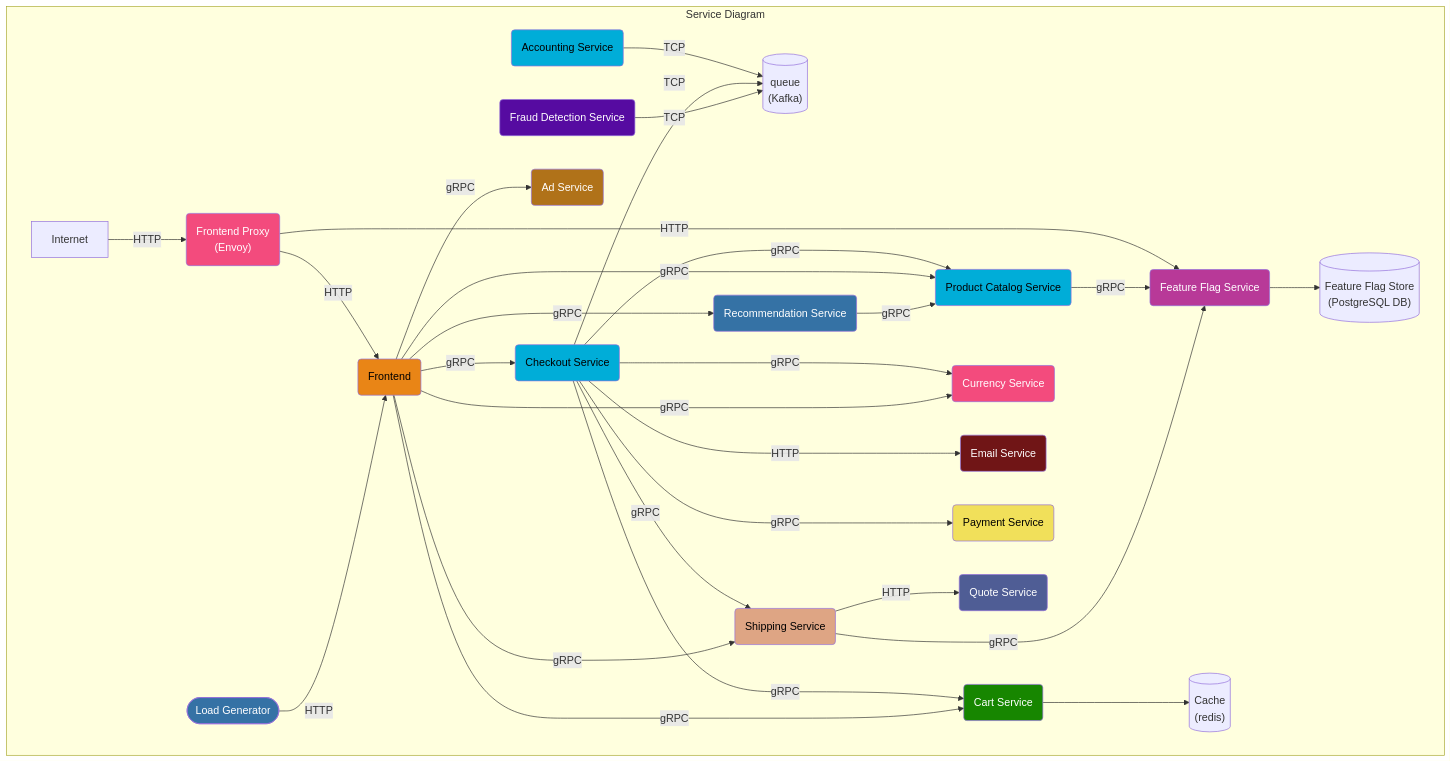
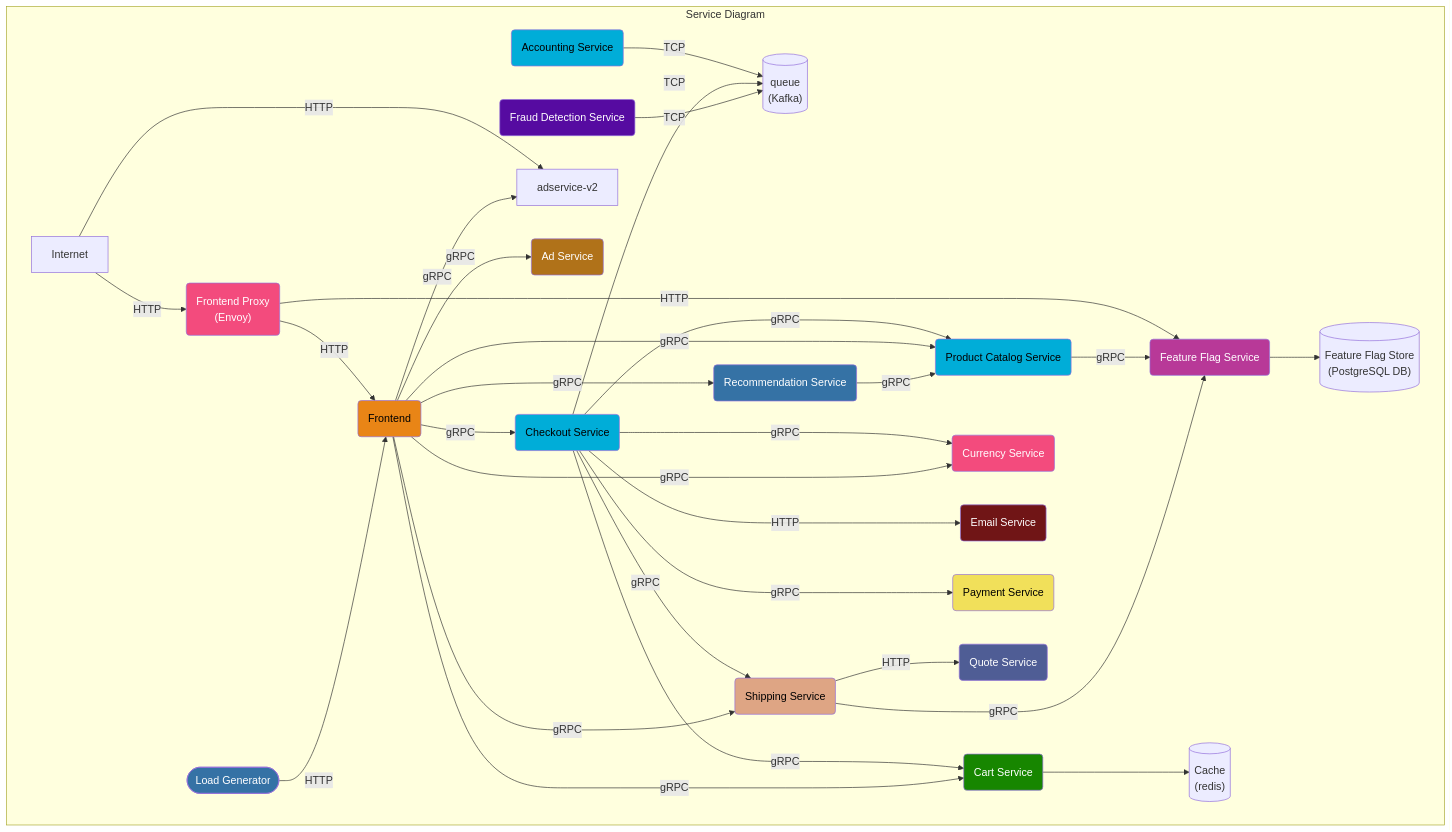
The first of 3 diagrams in docs/current_architecture.md (open-telemetry/opentelemetry-demo), drawn with Mermaid before and after one commit. The commit also changed 26 other files, not shown here.

````diff
--- a/docs/current_architecture.md
+++ b/docs/current_architecture.md
@@ -7,69 +7,71 @@
 ```mermaid
 graph TD
 subgraph Service Diagram
 accountingservice(Accounting Service):::golang
 adservice(Ad Service):::java
 cache[(Cache<br/>&#40redis&#41)]
 cartservice(Cart Service):::dotnet
 checkoutservice(Checkout Service):::golang
 currencyservice(Currency Service):::cpp
 emailservice(Email Service):::ruby
 frauddetectionservice(Fraud Detection Service):::kotlin
 frontend(Frontend):::typescript
 frontendproxy(Frontend Proxy <br/>&#40Envoy&#41):::cpp
 loadgenerator([Load Generator]):::python
 paymentservice(Payment Service):::javascript
 productcatalogservice(Product Catalog Service):::golang
 quoteservice(Quote Service):::php
 recommendationservice(Recommendation Service):::python
 shippingservice(Shipping Service):::rust
 featureflagservice(Feature Flag Service):::erlang
 featureflagstore[(Feature Flag Store<br/>&#40PostgreSQL DB&#41)]
 queue[(queue<br/>&#40Kafka&#41)]
 
 Internet -->|HTTP| frontendproxy
 frontendproxy -->|HTTP| frontend
 frontendproxy -->|HTTP| featureflagservice
 loadgenerator -->|HTTP| frontend
 
 accountingservice -->|TCP| queue
 
 checkoutservice --->|gRPC| cartservice --> cache
 checkoutservice --->|gRPC| productcatalogservice
 checkoutservice --->|gRPC| currencyservice
 checkoutservice --->|HTTP| emailservice
 checkoutservice --->|gRPC| paymentservice
 checkoutservice -->|gRPC| shippingservice
 checkoutservice -->|TCP| queue
 
+Internet -->|HTTP| adservice-v2
 frontend -->|gRPC| adservice
+frontend -->|gRPC| adservice-v2
 frontend -->|gRPC| cartservice
 frontend -->|gRPC| productcatalogservice
 frontend -->|gRPC| checkoutservice
 frontend -->|gRPC| currencyservice
 frontend -->|gRPC| recommendationservice -->|gRPC| productcatalogservice
 frontend -->|gRPC| shippingservice -->|HTTP| quoteservice
 
 frauddetectionservice -->|TCP| queue
 
 productcatalogservice -->|gRPC| featureflagservice
 
 shippingservice -->|gRPC| featureflagservice
 
 featureflagservice --> featureflagstore
 
 end
 
 classDef dotnet fill:#178600,color:white;
 classDef cpp fill:#f34b7d,color:white;
 classDef erlang fill:#b83998,color:white;
 classDef golang fill:#00add8,color:black;
 classDef java fill:#b07219,color:white;
 classDef javascript fill:#f1e05a,color:black;
 classDef kotlin fill:#560ba1,color:white;
 classDef php fill:#4f5d95,color:white;
 classDef python fill:#3572A5,color:white;
 classDef ruby fill:#701516,color:white;
 classDef rust fill:#dea584,color:black;
 classDef typescript fill:#e98516,color:black;
 ```
````
